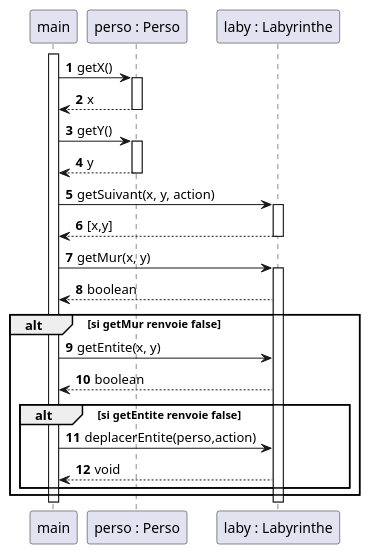
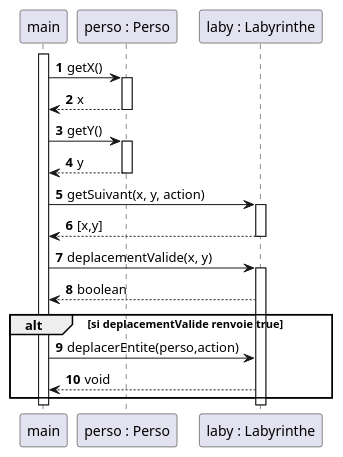
The diagram in zeldiablo/documents/version_2/diagseq_collisionPersoMonstre.puml (celie-ponroy/2023_S2.01_Zeldiablo_ponroy_roth_prykhodko_bortolotti), drawn with PlantUML before and after one commit. The commit also changed 4 other files, not shown here.

```diff
--- a/zeldiablo/documents/version_2/diagseq_collisionPersoMonstre.puml
+++ b/zeldiablo/documents/version_2/diagseq_collisionPersoMonstre.puml
@@ -1,46 +1,40 @@
 @startuml
 
 autonumber
 
 participant "laby : Labyrinthe" as l
 participant "perso : Perso" as p
 
 participant "main" as m
 participant "perso : Perso" as p
 participant "laby : Labyrinthe" as l
 
 activate m
 
 m -> p : getX()
 activate p
 m <-- p : x
 deactivate p
 
 m -> p : getY()
 activate p
 m <-- p : y
 deactivate p
 
 m -> l : getSuivant(x, y, action)
 activate l
 m <-- l : [x,y]
 deactivate l
-m -> l : getMur(x, y)
+m -> l : deplacementValide(x, y)
 activate l
 m <-- l : boolean
 
-
-
-alt si getMur renvoie false
-    m -> l : getEntite(x, y)
-    m <-- l : boolean
-    alt si getEntite renvoie false
-        m -> l : deplacerEntite(perso,action)
-        m <-- l : void
-    end
+alt si deplacementValide renvoie true
+    m -> l : deplacerEntite(perso,action)
+    m <-- l : void
 end
 
 deactivate l
 deactivate m
 
 @enduml
```
